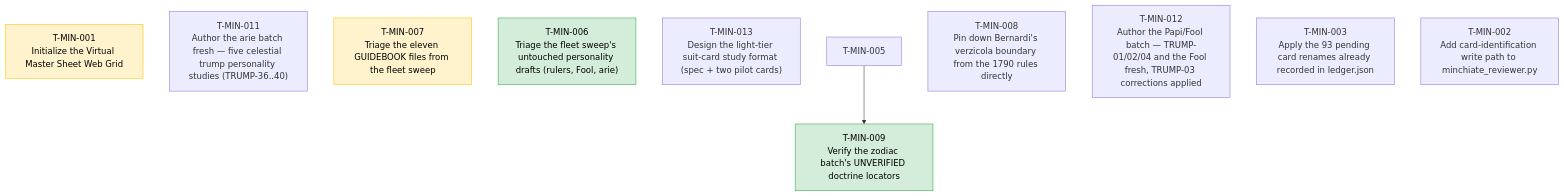
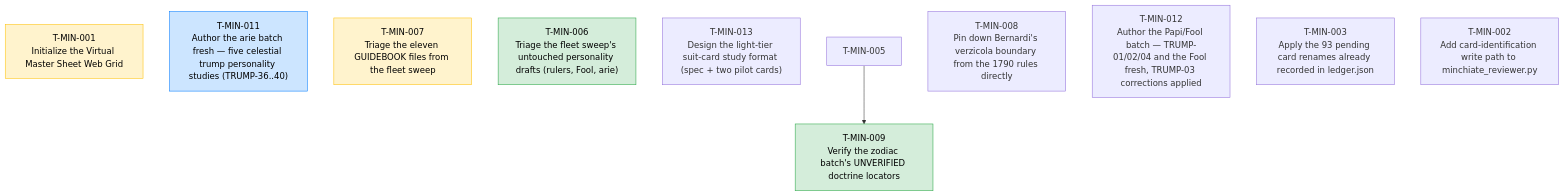
Before and after one commit to wgmilleriii/task_coordinator: the diagram in TASKS.md, drawn with Mermaid. The commit also changed other lines of this file and 1 other file, not shown here.

Commit message:
T-MIN-011: claim by Worker-F11

````diff
--- a/TASKS.md
+++ b/TASKS.md
@@ -7,18 +7,18 @@
 ```mermaid
 graph TD
     classDef done fill:#d4edda,stroke:#28a745,color:#000;
     classDef blocked fill:#f8d7da,stroke:#dc3545,color:#000;
     classDef review fill:#fff3cd,stroke:#ffc107,color:#000;
     classDef active fill:#cce5ff,stroke:#007bff,color:#000;
     T-MIN-001["T-MIN-001<br/>Initialize the Virtual Master Sheet Web Grid"]:::review
-    T-MIN-011["T-MIN-011<br/>Author the arie batch fresh — five celestial trump personality studies (TRUMP-36..40)"]
+    T-MIN-011["T-MIN-011<br/>Author the arie batch fresh — five celestial trump personality studies (TRUMP-36..40)"]:::active
     T-MIN-007["T-MIN-007<br/>Triage the eleven GUIDEBOOK files from the fleet sweep"]:::review
     T-MIN-006["T-MIN-006<br/>Triage the fleet sweep's untouched personality drafts (rulers, Fool, arie)"]:::done
     T-MIN-013["T-MIN-013<br/>Design the light-tier suit-card study format (spec + two pilot cards)"]
     T-MIN-009["T-MIN-009<br/>Verify the zodiac batch's UNVERIFIED doctrine locators"]:::done
     T-MIN-005 --> T-MIN-009
     T-MIN-008["T-MIN-008<br/>Pin down Bernardi's verzicola boundary from the 1790 rules directly"]
     T-MIN-012["T-MIN-012<br/>Author the Papi/Fool batch — TRUMP-01/02/04 and the Fool fresh, TRUMP-03 corrections applied"]
     T-MIN-003["T-MIN-003<br/>Apply the 93 pending card renames already recorded in ledger.json"]
     T-MIN-002["T-MIN-002<br/>Add card-identification write path to minchiate_reviewer.py"]
 ```
````
